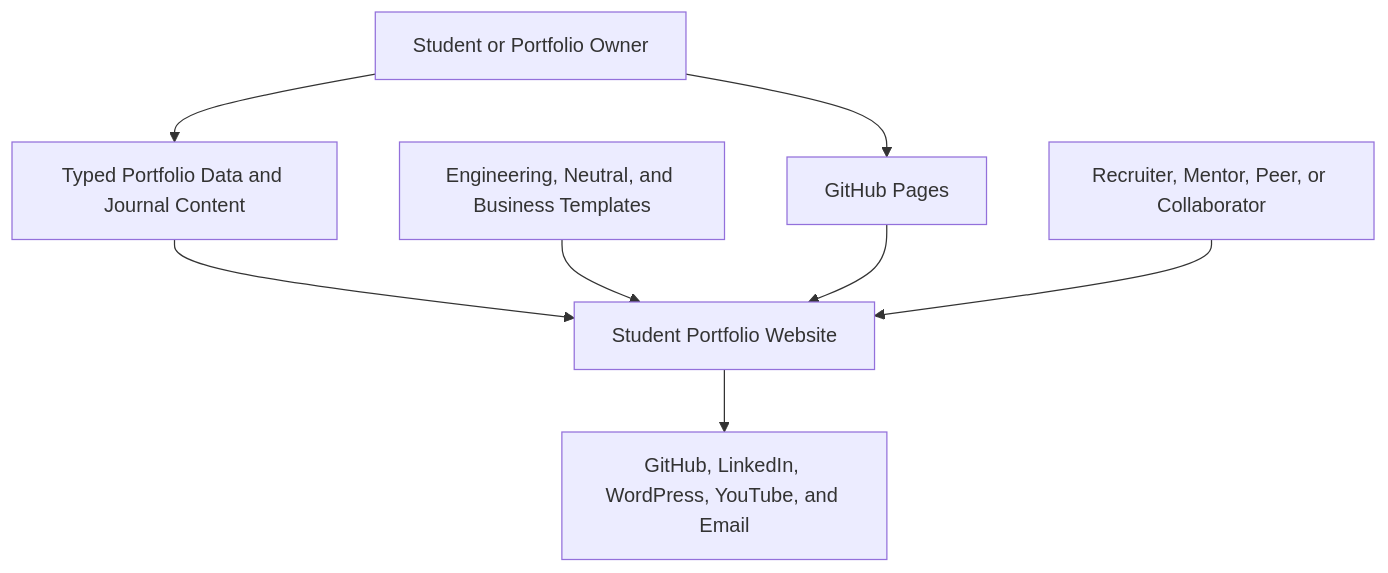
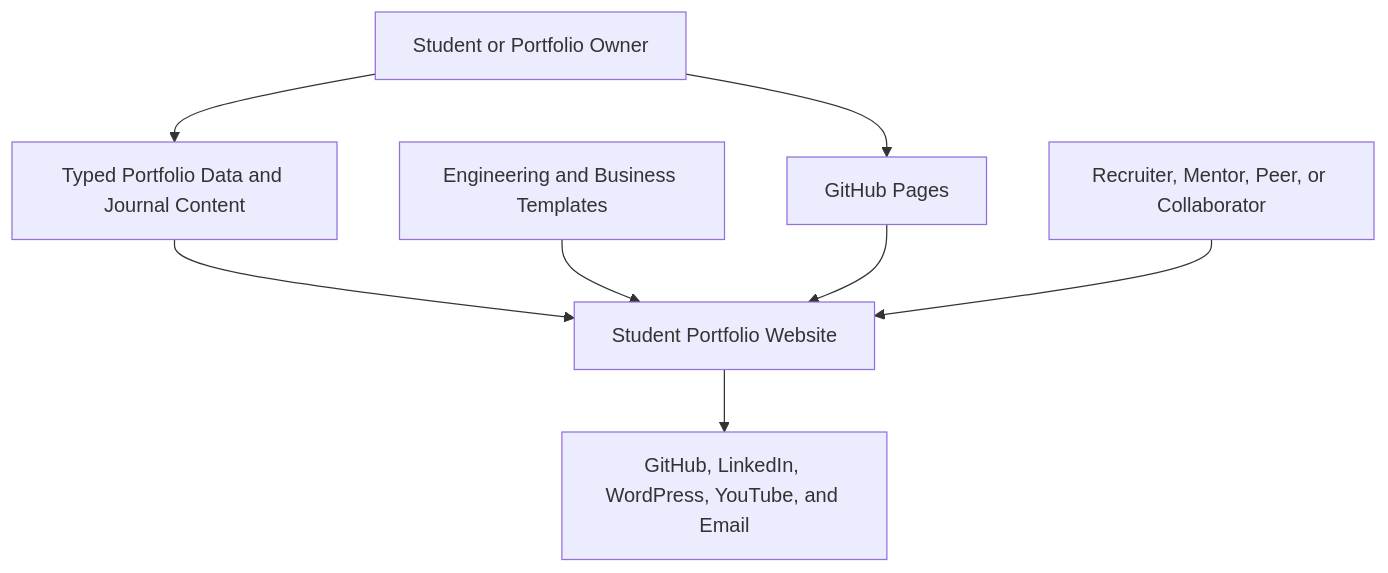
Before and after one commit to vrooooomzzz/vrooooomzzz.github.io: the diagram in aidlc-docs/inception/reverse-engineering/business-overview.md, drawn with Mermaid. The commit also changed other lines of this file and 128 other files, not shown here.

````diff
--- a/aidlc-docs/inception/reverse-engineering/business-overview.md
+++ b/aidlc-docs/inception/reverse-engineering/business-overview.md
@@ -5,18 +5,18 @@
 ```mermaid
 flowchart TD
     Student["Student or Portfolio Owner"]
     Visitor["Recruiter, Mentor, Peer, or Collaborator"]
     Portfolio["Student Portfolio Website"]
     Content["Typed Portfolio Data and Journal Content"]
-    Templates["Engineering, Neutral, and Business Templates"]
+    Templates["Engineering and Business Templates"]
     External["GitHub, LinkedIn, WordPress, YouTube, and Email"]
     Pages["GitHub Pages"]
 
     Student --> Content
     Content --> Portfolio
     Templates --> Portfolio
     Student --> Pages
     Pages --> Portfolio
     Visitor --> Portfolio
     Portfolio --> External
 ```
````
